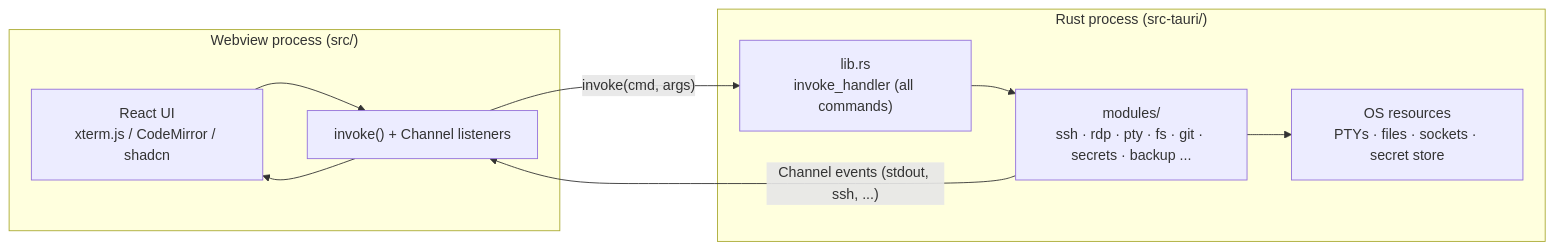
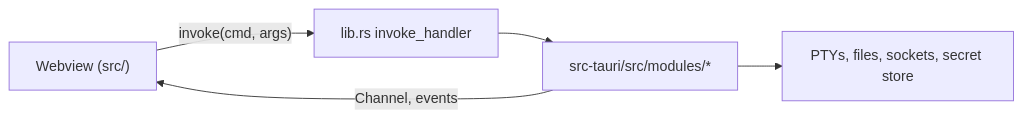
One commit to rendyuwu/tervia changed the diagram in ARCHITECTURE.md. Above: the diagram before and after it, drawn with Mermaid. The commit also changed other lines of this file and 8 other files, not shown here.

````diff
--- a/ARCHITECTURE.md
+++ b/ARCHITECTURE.md
@@ -38,18 +13,7 @@
 ```mermaid
 flowchart LR
-  subgraph Webview["Webview process (src/)"]
-    UI["React UI<br/>xterm.js / CodeMirror / shadcn"]
-    Bridge["invoke() + Channel listeners"]
-  end
-  subgraph Rust["Rust process (src-tauri/)"]
-    Hub["lib.rs<br/>invoke_handler (all commands)"]
-    Mods["modules/<br/>ssh · rdp · pty · fs · git · secrets · backup ..."]
-    OS["OS resources<br/>PTYs · files · sockets · secret store"]
-  end
-  UI --> Bridge
-  Bridge -- "invoke(cmd, args)" --> Hub
-  Hub --> Mods
-  Mods --> OS
-  Mods -- "Channel events (stdout, ssh, ...)" --> Bridge
-  Bridge --> UI
+  UI["Webview (src/)"] -- "invoke(cmd, args)" --> Cmd["lib.rs invoke_handler"]
+  Cmd --> Mods["src-tauri/src/modules/*"]
+  Mods --> OS["PTYs, files, sockets, secret store"]
+  Mods -- "Channel, events" --> UI
 ```
````
